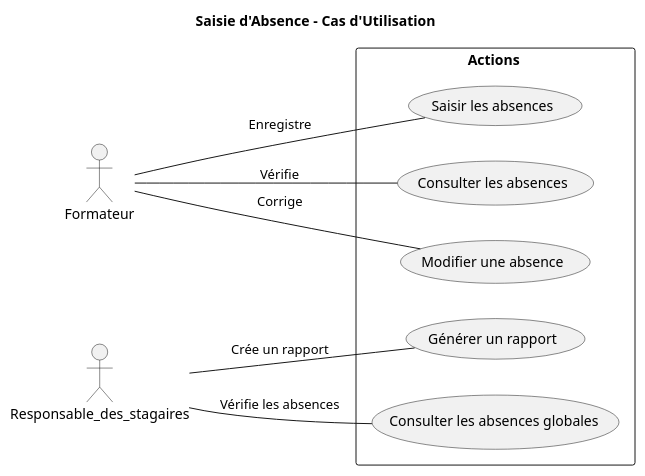
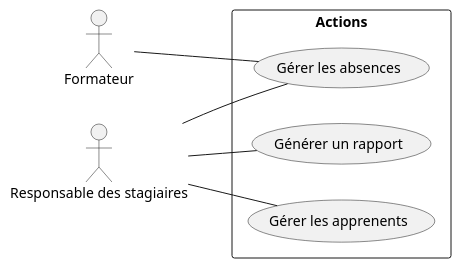
The diagram in Branche_fonctionnelle/Use_Cases/UseCases_general.plantuml (DevZakariaAz/19.Ui_Ux_Session), drawn with PlantUML before and after one commit. The commit also changed 5 other files, not shown here.

Commit message:
Update Use case and diagramme des classes

```diff
--- a/Branche_fonctionnelle/Use_Cases/UseCases_general.plantuml
+++ b/Branche_fonctionnelle/Use_Cases/UseCases_general.plantuml
@@ -1,22 +1,19 @@
 @startuml
-title Saisie d'Absence - Cas d'Utilisation
 left to right direction
-actor Formateur as U
-actor Responsable_des_stagaires as A
 
-rectangle "Actions " {
-    usecase UC1 as "Saisir les absences"
-    usecase UC2 as "Consulter les absences"
-    usecase UC3 as "Modifier une absence"
-    usecase UC4 as "Générer un rapport"
-    usecase UC5 as "Consulter les absences globales"
+actor "Formateur" as U
+actor "Responsable des stagiaires" as A
+
+rectangle "Actions" {
+    usecase UC1 as "Gérer les absences"
+    usecase UC2 as "Générer un rapport"
+    usecase UC3 as "Gérer les apprenents"
 }
 
-U -- UC1 : "Enregistre"
-U -- UC2 : "Vérifie"
-U -- UC3 : "Corrige"
+U -- UC1
+A -- UC2
+A -- UC1
+A -- UC3
 
-A -- UC5 : "Vérifie les absences"
-A -- UC4 : "Crée un rapport"
 
 @enduml
```
